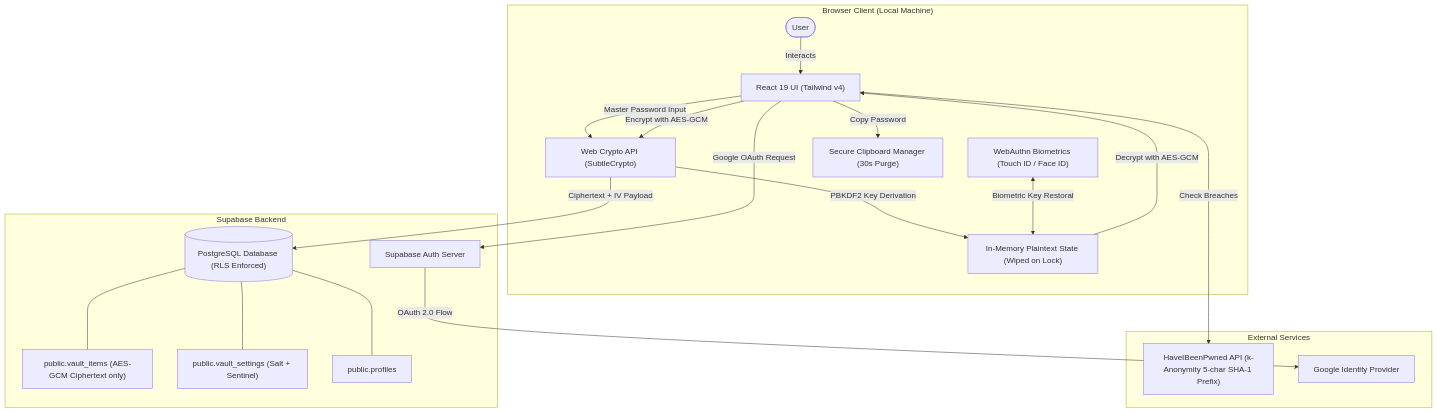
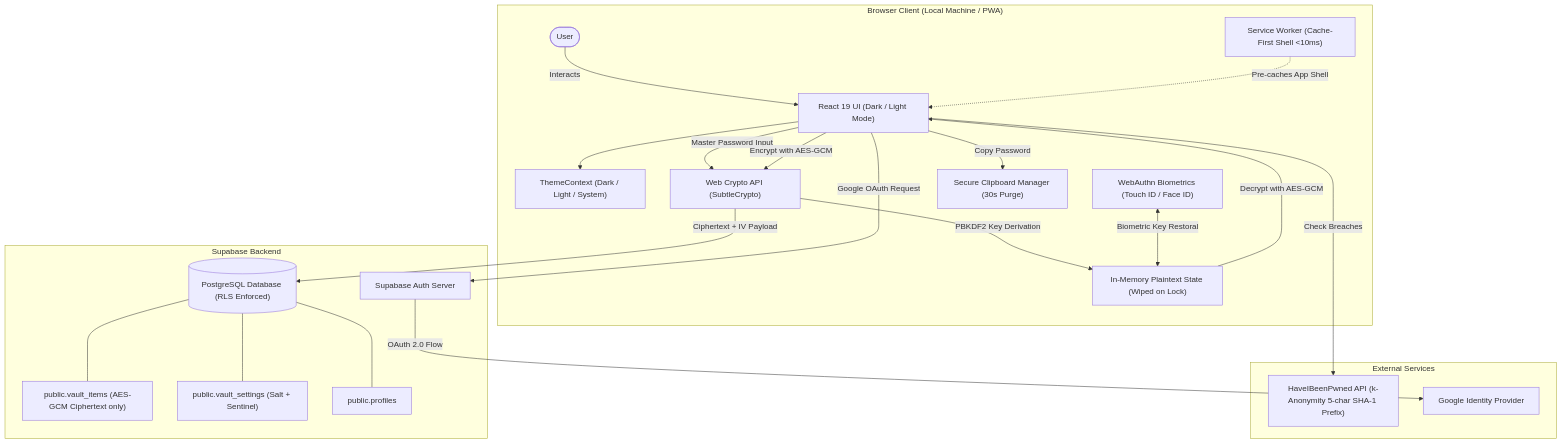
Before and after one commit to subha-3128/Loxy: the diagram in README.md, drawn with Mermaid. The commit also changed other lines of this file, not shown here.

Commit message:
docs: rewrite README with live Vercel link, Dark/Light mode, and latest architecture

````diff
--- a/README.md
+++ b/README.md
@@ -110,43 +129,47 @@
 ```mermaid
 flowchart TD
-    subgraph BrowserClient ["Browser Client (Local Machine)"]
+    subgraph BrowserClient ["Browser Client (Local Machine / PWA)"]
         User(["User"])
-        UI["React 19 UI (Tailwind v4)"]
+        UI["React 19 UI (Dark / Light Mode)"]
+        Theme["ThemeContext (Dark / Light / System)"]
         CryptoSubtle["Web Crypto API (SubtleCrypto)"]
         MemoryState["In-Memory Plaintext State (Wiped on Lock)"]
         BioAuth["WebAuthn Biometrics (Touch ID / Face ID)"]
         ClipMgr["Secure Clipboard Manager (30s Purge)"]
+        SW["Service Worker (Cache-First Shell <10ms)"]
     end
 
     subgraph ExternalApis ["External Services"]
         HIBP["HaveIBeenPwned API (k-Anonymity 5-char SHA-1 Prefix)"]
         GoogleOAuth["Google Identity Provider"]
     end
 
     subgraph SupabasePlatform ["Supabase Backend"]
         AuthServer["Supabase Auth Server"]
         PostgresDB[("PostgreSQL Database (RLS Enforced)")]
         TableItems["public.vault_items (AES-GCM Ciphertext only)"]
         TableSettings["public.vault_settings (Salt + Sentinel)"]
         TableProfiles["public.profiles"]
     end
 
     User -->|Interacts| UI
+    UI --> Theme
+    SW -.->|Pre-caches App Shell| UI
     UI -->|Google OAuth Request| AuthServer
     AuthServer -->|OAuth 2.0 Flow| GoogleOAuth
     
     UI -->|Master Password Input| CryptoSubtle
     CryptoSubtle -->|PBKDF2 Key Derivation| MemoryState
     BioAuth <-->|Biometric Key Restoral| MemoryState
     
     MemoryState -->|Decrypt with AES-GCM| UI
     UI -->|Encrypt with AES-GCM| CryptoSubtle
     CryptoSubtle -->|Ciphertext + IV Payload| PostgresDB
     
     PostgresDB --- TableItems
     PostgresDB --- TableSettings
     PostgresDB --- TableProfiles
     
     UI -->|Check Breaches| HIBP
     UI -->|Copy Password| ClipMgr
 ```
````
